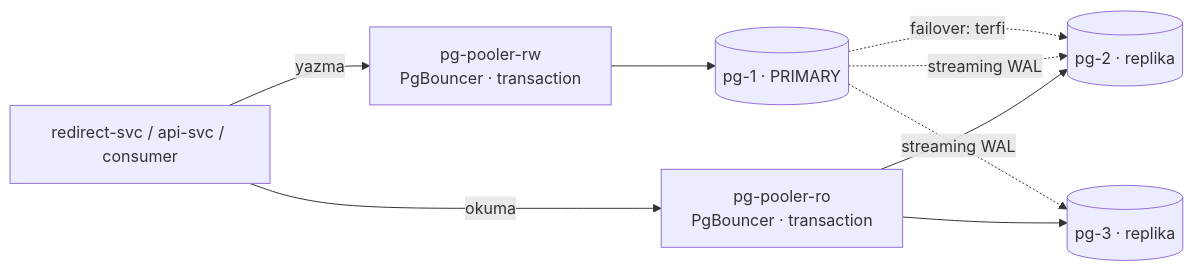
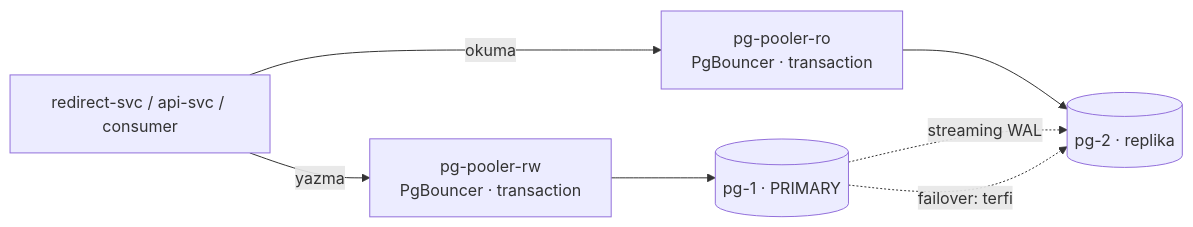
Before and after one commit to bulutaysarac/linkly-ladder: the diagram in 09-database-scaling/README.md, drawn with Mermaid. The commit also changed other lines of this file and 498 other files, not shown here.

````diff
--- a/09-database-scaling/README.md
+++ b/09-database-scaling/README.md
@@ -13,10 +23,9 @@
 ```mermaid
 flowchart LR
   APP["redirect-svc / api-svc / consumer"] -->|yazma| PRW["pg-pooler-rw<br/>PgBouncer · transaction"]
   APP -->|okuma| PRO["pg-pooler-ro<br/>PgBouncer · transaction"]
   PRW --> P[("pg-1 · PRIMARY")]
   PRO --> R1[("pg-2 · replika")]
-  PRO --> R2[("pg-3 · replika")]
-  P -.->|streaming WAL| R1 & R2
+  P -.->|streaming WAL| R1
   P -.->|failover: terfi| R1
 ```
````
